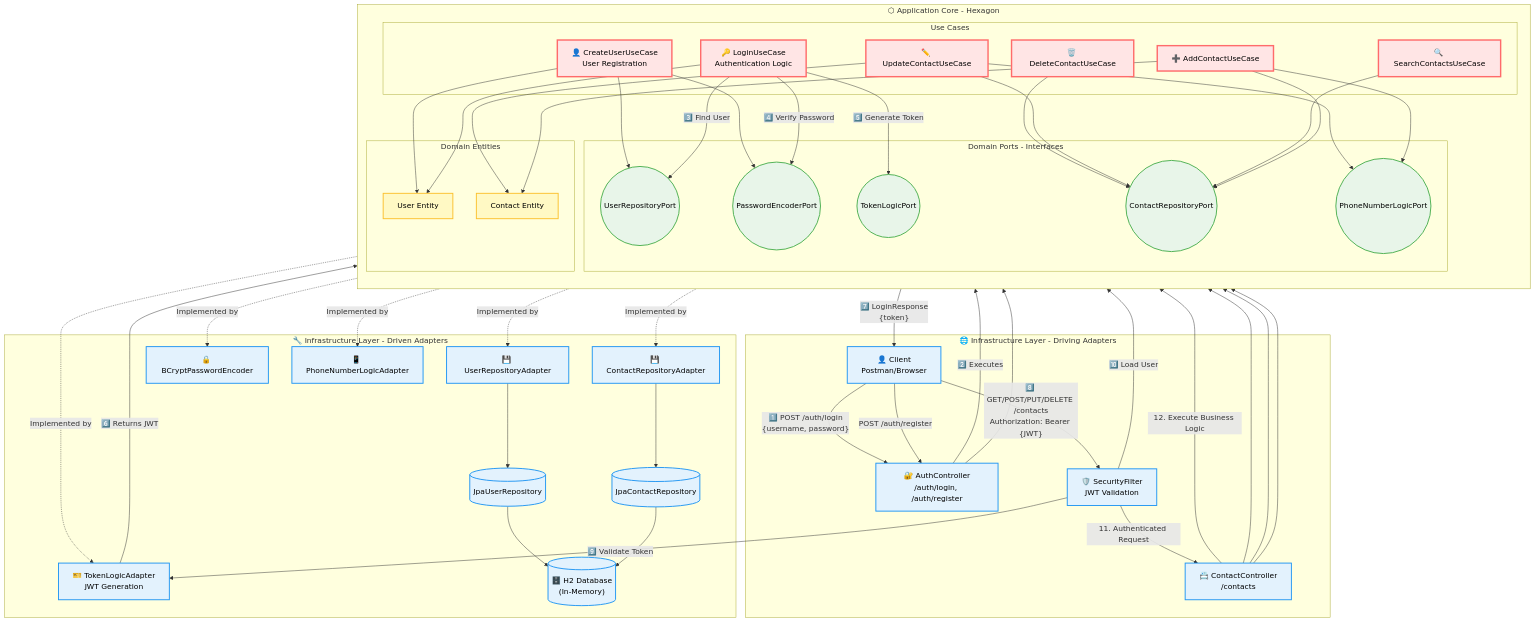
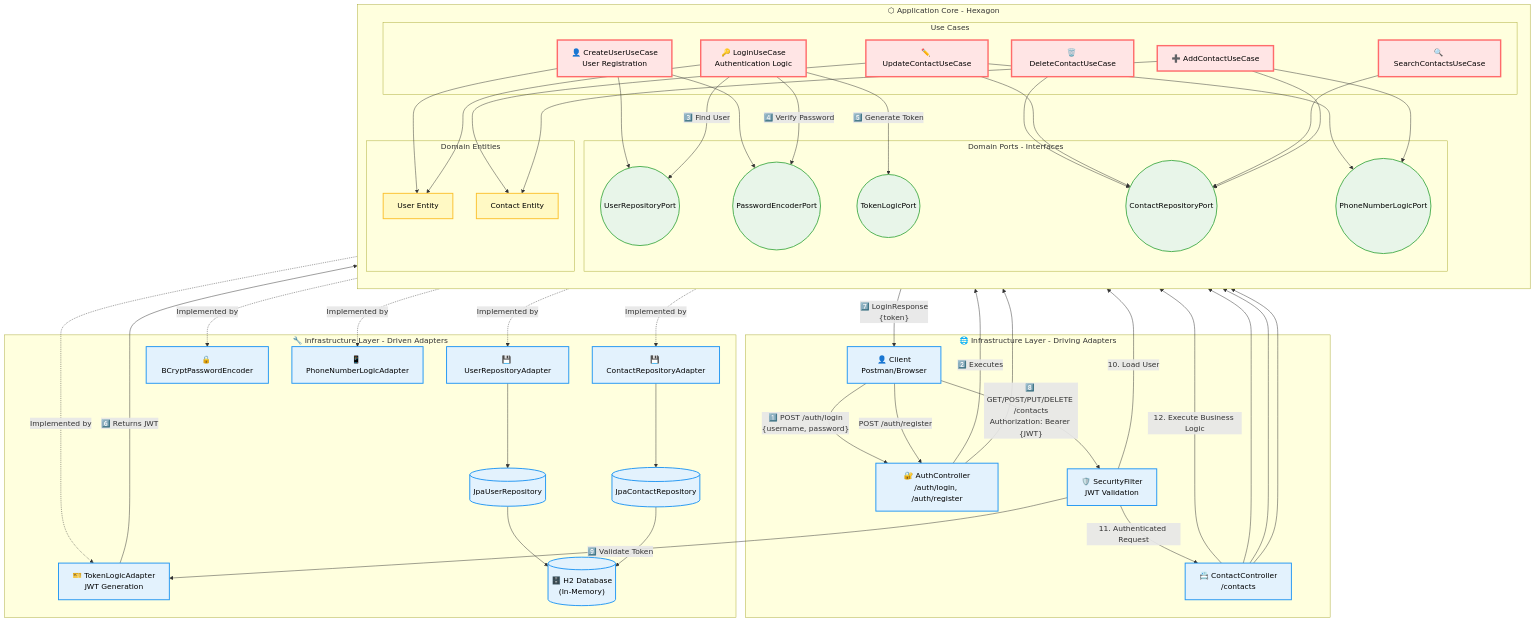
Before and after one commit to PabloTzeliks/networker-challenge: the diagram in README.md, drawn with Mermaid.

Commit message:
Use consistent text-based numbering for steps 10-12 in architectural diagram

```diff
--- a/README.md
+++ b/README.md
@@ -106,7 +106,7 @@
     %% Protected Endpoints Flow (Contacts)
     Client -->|"8️⃣ GET/POST/PUT/DELETE /contacts<br/>Authorization: Bearer {JWT}"| SecurityFilter
     SecurityFilter -->|"9️⃣ Validate Token"| TokenLogicAdapter
-    SecurityFilter -->|"🔟 Load User"| UserRepoPort
+    SecurityFilter -->|"10. Load User"| UserRepoPort
     SecurityFilter -->|"11. Authenticated Request"| ContactController
     ContactController -->|"12. Execute Business Logic"| AddContactUseCase
     ContactController --> SearchContactsUseCase
```
